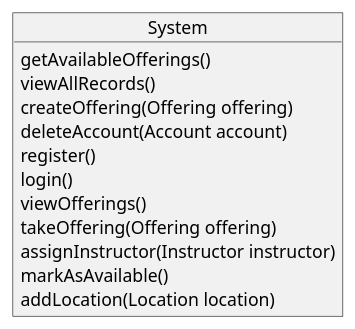
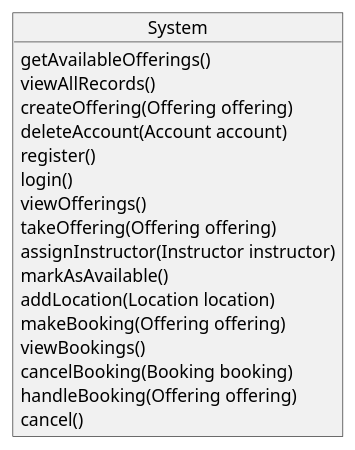
One commit to FrancoDominguez/SOEN342-project changed the diagram in Documentation/SystemOperations.plantUML. Above: the diagram before and after it, drawn with PlantUML.

Commit message:
Update SystemOperations.plantUML
This update adds the methods for processing bookings

```diff
--- a/Documentation/SystemOperations.plantUML
+++ b/Documentation/SystemOperations.plantUML
@@ -1,22 +1,22 @@
 @startuml SystemOperations
 
 object System {
     getAvailableOfferings()
     viewAllRecords()
     createOffering(Offering offering)
     deleteAccount(Account account)
     register()
     login()
     viewOfferings()
     takeOffering(Offering offering)
     assignInstructor(Instructor instructor)
     markAsAvailable()
     addLocation(Location location)
-    'makeBooking(Offering offering)
-    'viewBookings()
-    'cancelBooking(Booking booking)
-    'handleBooking(Offering offering)
-    'cancel()
+    makeBooking(Offering offering)
+    viewBookings()
+    cancelBooking(Booking booking)
+    handleBooking(Offering offering)
+    cancel()
 }
 
 @enduml
```
